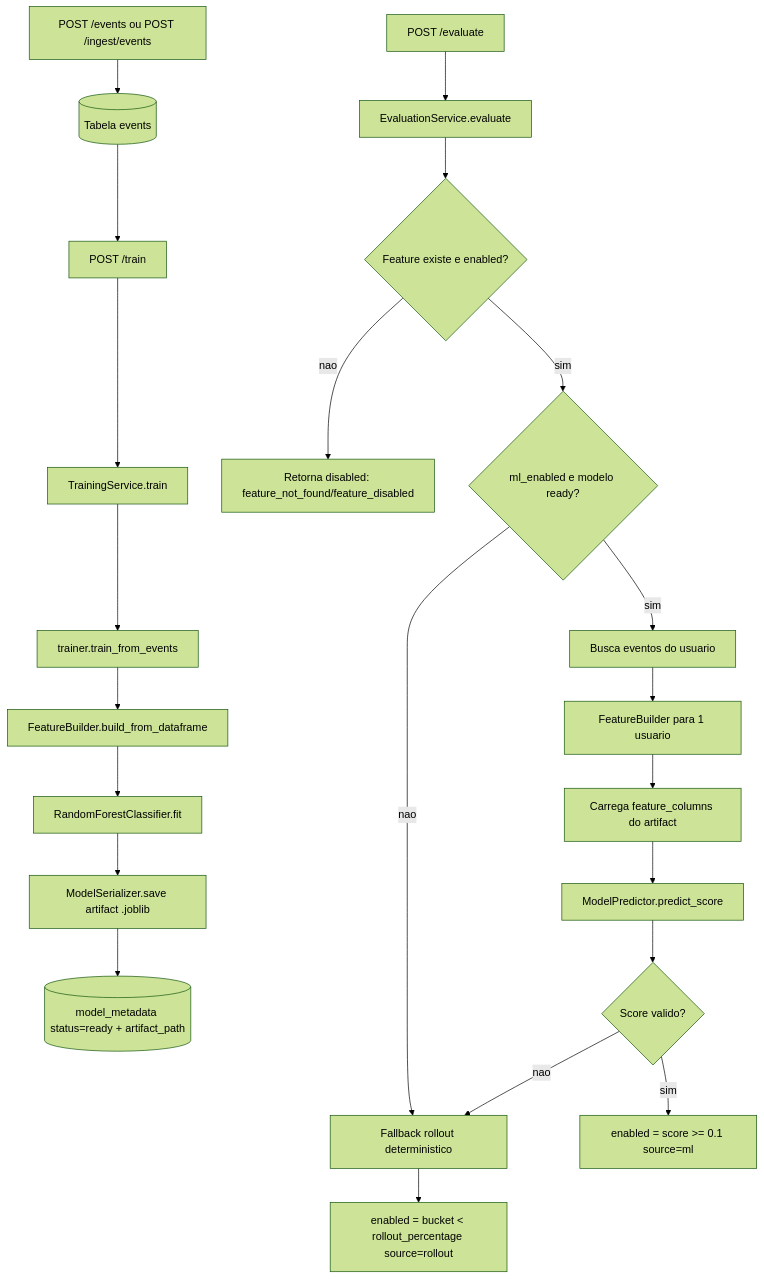
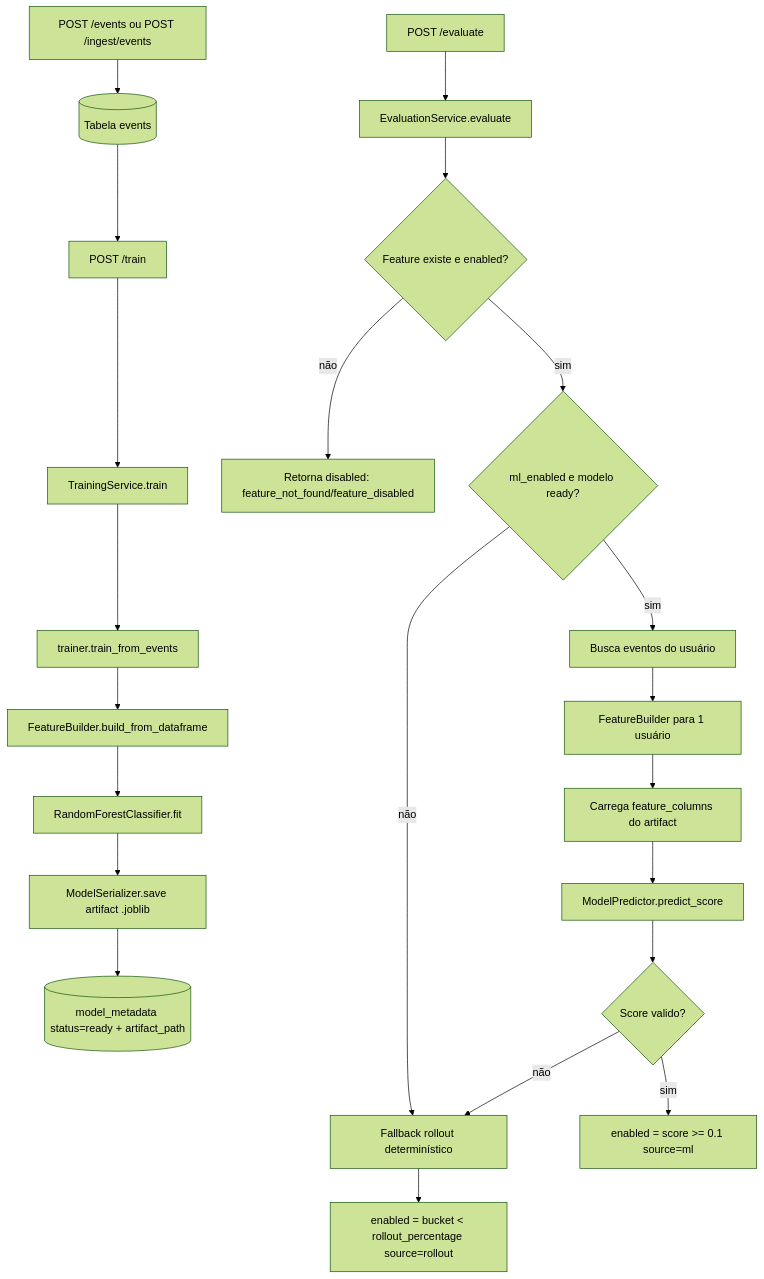
The diagram in docs/implementation/ml-decision-flow-in-depth.md (MariaCarolinass/adaptive-feature-flags), drawn with Mermaid (forest theme) before and after one commit. The commit also changed 4 other files, not shown here.

````diff
--- a/docs/implementation/ml-decision-flow-in-depth.md
+++ b/docs/implementation/ml-decision-flow-in-depth.md
@@ -22,25 +22,25 @@
 ```mermaid
 flowchart TD
     A[POST /events ou POST /ingest/events] --> B[(Tabela events)]
     B --> C[POST /train]
     C --> D[TrainingService.train]
     D --> E[trainer.train_from_events]
     E --> F[FeatureBuilder.build_from_dataframe]
     F --> G[RandomForestClassifier.fit]
     G --> H[ModelSerializer.save artifact .joblib]
     H --> I[(model_metadata status=ready + artifact_path)]
 
     J[POST /evaluate] --> K[EvaluationService.evaluate]
     K --> L{Feature existe e enabled?}
-    L -- nao --> M[Retorna disabled: feature_not_found/feature_disabled]
+    L -- não --> M[Retorna disabled: feature_not_found/feature_disabled]
     L -- sim --> N{ml_enabled e modelo ready?}
-    N -- nao --> O[Fallback rollout deterministico]
-    N -- sim --> P[Busca eventos do usuario]
-    P --> Q[FeatureBuilder para 1 usuario]
+    N -- não --> O[Fallback rollout determinístico]
+    N -- sim --> P[Busca eventos do usuário]
+    P --> Q[FeatureBuilder para 1 usuário]
     Q --> R[Carrega feature_columns do artifact]
     R --> S[ModelPredictor.predict_score]
     S --> T{Score valido?}
-    T -- nao --> O
+    T -- não --> O
     T -- sim --> U[enabled = score >= 0.1 source=ml]
     O --> V[enabled = bucket < rollout_percentage source=rollout]
 ```
````
